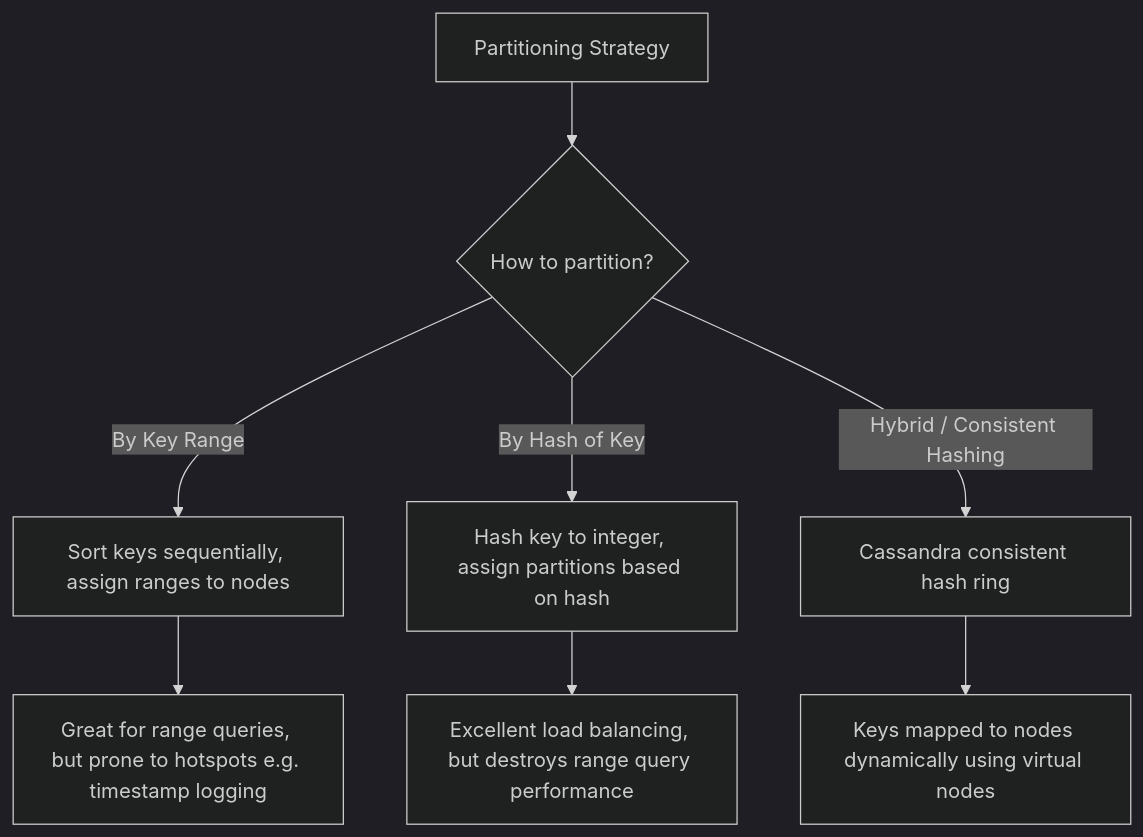
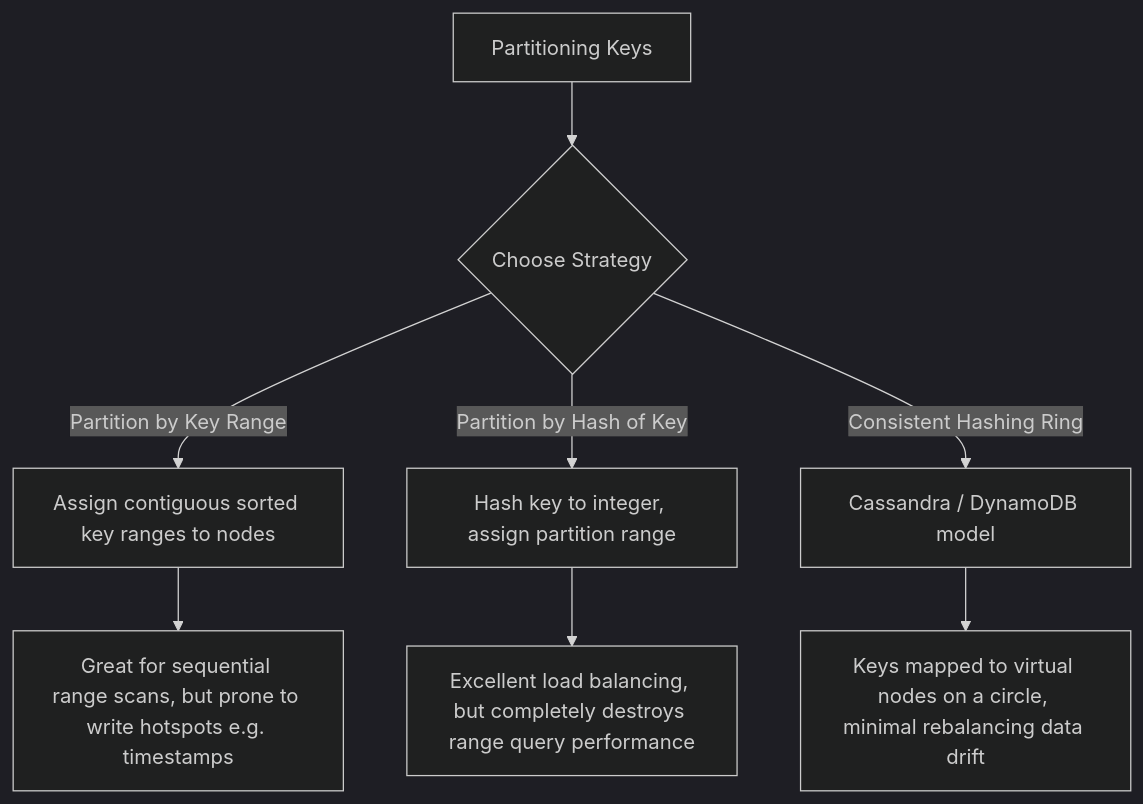
The diagram in chapters/ch6_partitioning.md (fredLuv/ddia-gitbook), drawn with Mermaid (dark theme) before and after one commit. The commit also changed other lines of this file and 1 other file, not shown here.

````diff
--- a/chapters/ch6_partitioning.md
+++ b/chapters/ch6_partitioning.md
@@ -22,13 +21,13 @@
 ```mermaid
 graph TD
-    A[Partitioning Strategy] --> B{How to partition?}
+    A[Partitioning Keys] --> B{Choose Strategy}
     
-    B -- By Key Range --> C[Sort keys sequentially, assign ranges to nodes]
-    C --> D[Great for range queries, but prone to hotspots e.g. timestamp logging]
+    B -- Partition by Key Range --> C[Assign contiguous sorted key ranges to nodes]
+    C --> D[Great for sequential range scans, but prone to write hotspots e.g. timestamps]
     
-    B -- By Hash of Key --> E[Hash key to integer, assign partitions based on hash]
-    E --> F[Excellent load balancing, but destroys range query performance]
+    B -- Partition by Hash of Key --> E[Hash key to integer, assign partition range]
+    E --> F[Excellent load balancing, but completely destroys range query performance]
     
-    B -- Hybrid / Consistent Hashing --> G[Cassandra consistent hash ring]
-    G --> H[Keys mapped to nodes dynamically using virtual nodes]
+    B -- Consistent Hashing Ring --> G[Cassandra / DynamoDB model]
+    G --> H[Keys mapped to virtual nodes on a circle, minimal rebalancing data drift]
 ```
````
